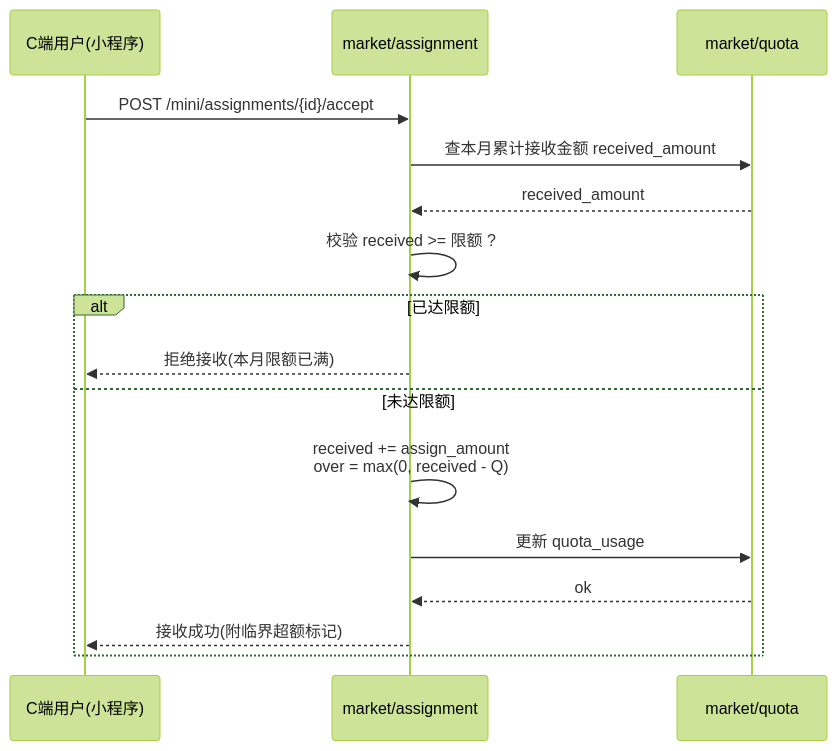
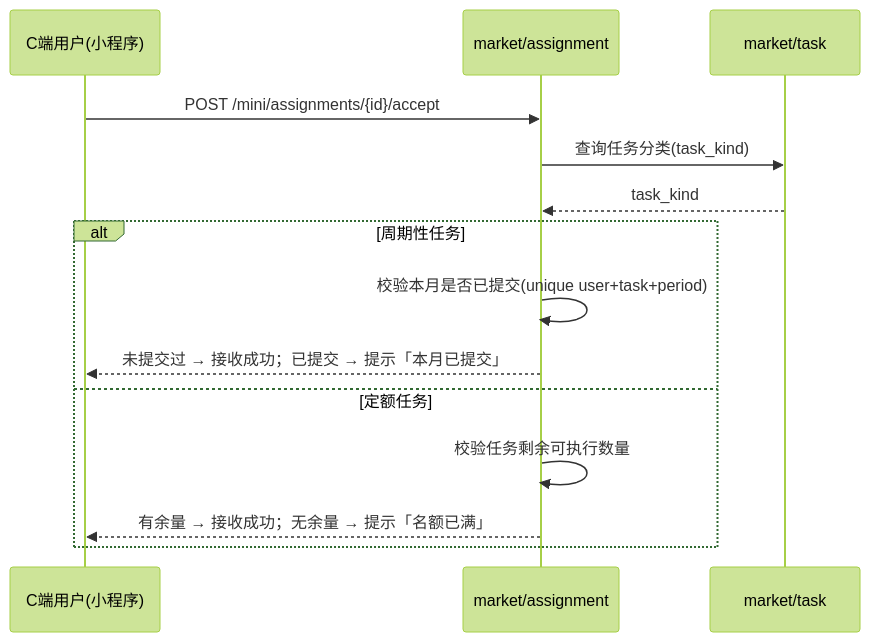
The seventh of 10 diagrams in docs/03-流程与状态流转.md (Echo-Note/FastapiAdmin), drawn with Mermaid (forest theme) before and after one commit. The commit also changed other lines of this file and 2 other files, not shown here.

````diff
--- a/docs/03-流程与状态流转.md
+++ b/docs/03-流程与状态流转.md
@@ -141,18 +149,16 @@
 ```mermaid
 sequenceDiagram
     participant U as C端用户(小程序)
     participant A as market/assignment
-    participant Q as market/quota
+    participant T as market/task
     U->>A: POST /mini/assignments/{id}/accept
-    A->>Q: 查本月累计接收金额 received_amount
-    Q-->>A: received_amount
-    A->>A: 校验 received >= 限额 ?
-    alt 已达限额
-        A-->>U: 拒绝接收(本月限额已满)
-    else 未达限额
-        A->>A: received += assign_amount<br/>over = max(0, received - Q)
-        A->>Q: 更新 quota_usage
-        Q-->>A: ok
-        A-->>U: 接收成功(附临界超额标记)
+    A->>T: 查询任务分类(task_kind)
+    T-->>A: task_kind
+    alt 周期性任务
+        A->>A: 校验本月是否已提交(unique user+task+period)
+        A-->>U: 未提交过 → 接收成功；已提交 → 提示「本月已提交」
+    else 定额任务
+        A->>A: 校验任务剩余可执行数量
+        A-->>U: 有余量 → 接收成功；无余量 → 提示「名额已满」
     end
 ```
````
